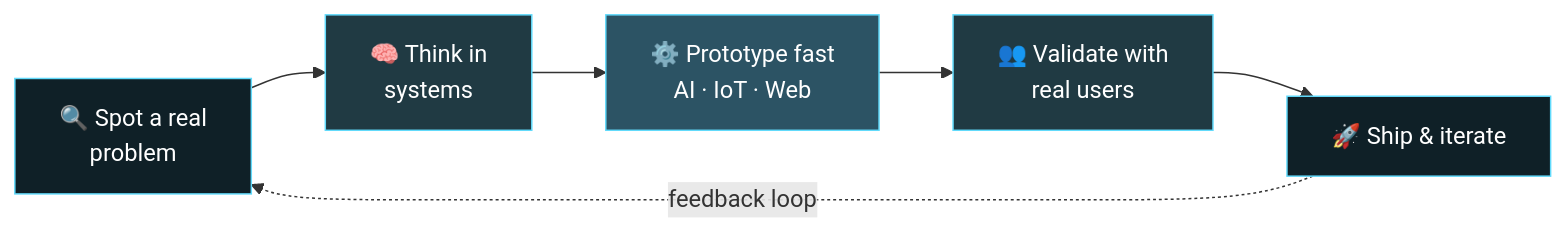
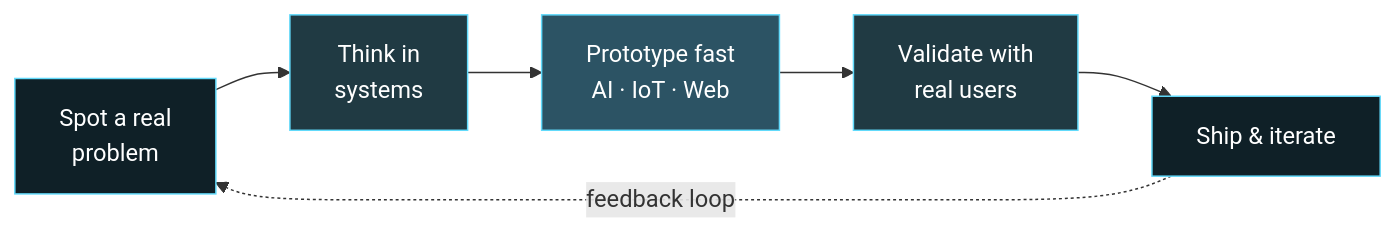
One commit to dzakyradithyaa/dzakyradithyaa changed the first of 2 diagrams in README.md. Above: the diagram before and after it, drawn with Mermaid. The commit also changed other lines of this file, not shown here.

````diff
--- a/README.md
+++ b/README.md
@@ -32,14 +36,14 @@
 ```mermaid
 flowchart LR
-    A["🔍 Spot a real<br/>problem"] --> B["🧠 Think in<br/>systems"]
-    B --> C["⚙️ Prototype fast<br/>AI · IoT · Web"]
-    C --> D["👥 Validate with<br/>real users"]
-    D --> E["🚀 Ship & iterate"]
+    A["Spot a real<br/>problem"] --> B["Think in<br/>systems"]
+    B --> C["Prototype fast<br/>AI · IoT · Web"]
+    C --> D["Validate with<br/>real users"]
+    D --> E["Ship & iterate"]
     E -.feedback loop.-> A
 
     style A fill:#0F2027,stroke:#61DAFB,color:#fff
     style B fill:#203A43,stroke:#61DAFB,color:#fff
     style C fill:#2C5364,stroke:#61DAFB,color:#fff
     style D fill:#203A43,stroke:#61DAFB,color:#fff
     style E fill:#0F2027,stroke:#61DAFB,color:#fff
 ```
````
